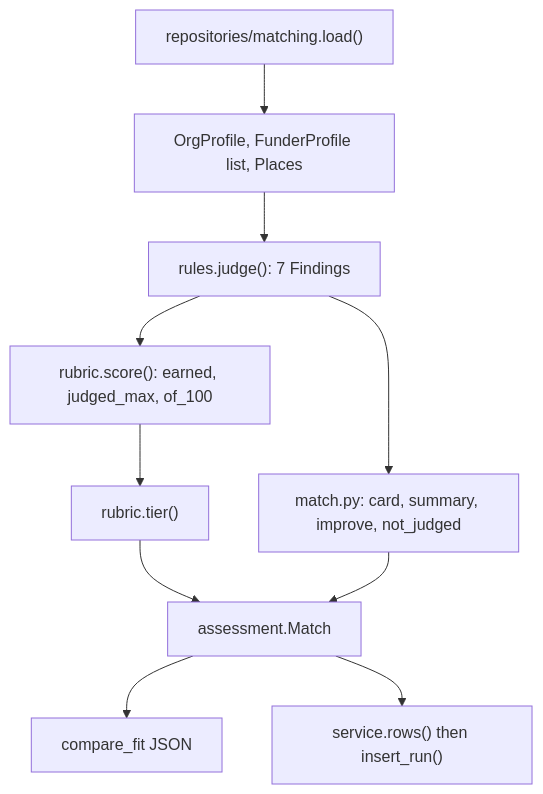
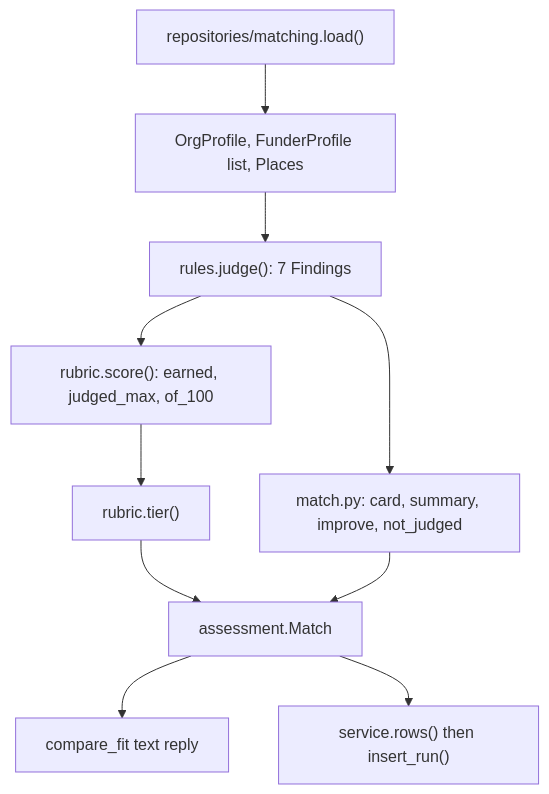
Before and after one commit to project-tech4dev/sangam: the first of 3 diagrams in openwiki/architecture/funder-match.md, drawn with Mermaid. The commit also changed other lines of this file and 29 other files, not shown here.

Commit message:
docs(wiki): compare_fit replies in text; tool-result clearing in 20k steps

````diff
--- a/openwiki/architecture/funder-match.md
+++ b/openwiki/architecture/funder-match.md
@@ -86,12 +90,12 @@
 ```mermaid
 flowchart TD
     A["repositories/matching.load()"] --> B["OrgProfile, FunderProfile list, Places"]
     B --> C["rules.judge(): 7 Findings"]
     C --> D["rubric.score(): earned, judged_max, of_100"]
     D --> E["rubric.tier()"]
     C --> F["match.py: card, summary, improve, not_judged"]
     E --> G["assessment.Match"]
     F --> G
-    G --> H["compare_fit JSON"]
+    G --> H["compare_fit text reply"]
     G --> I["service.rows() then insert_run()"]
 ```
````
